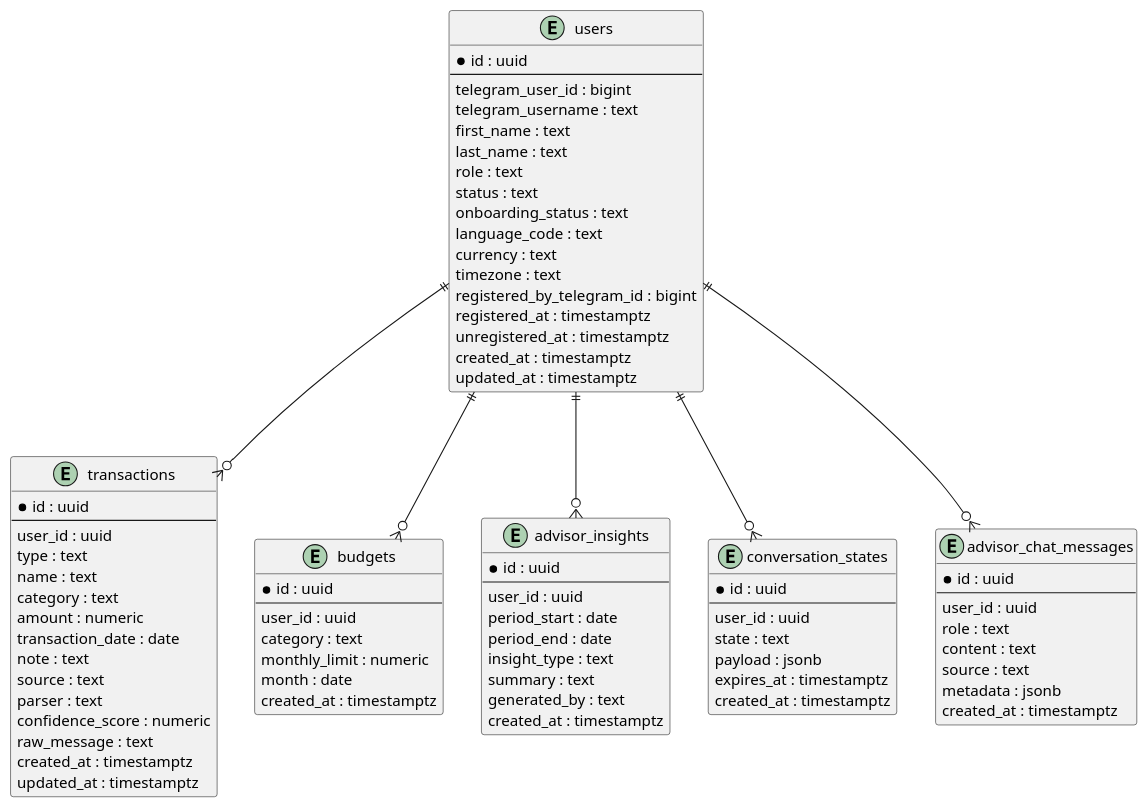
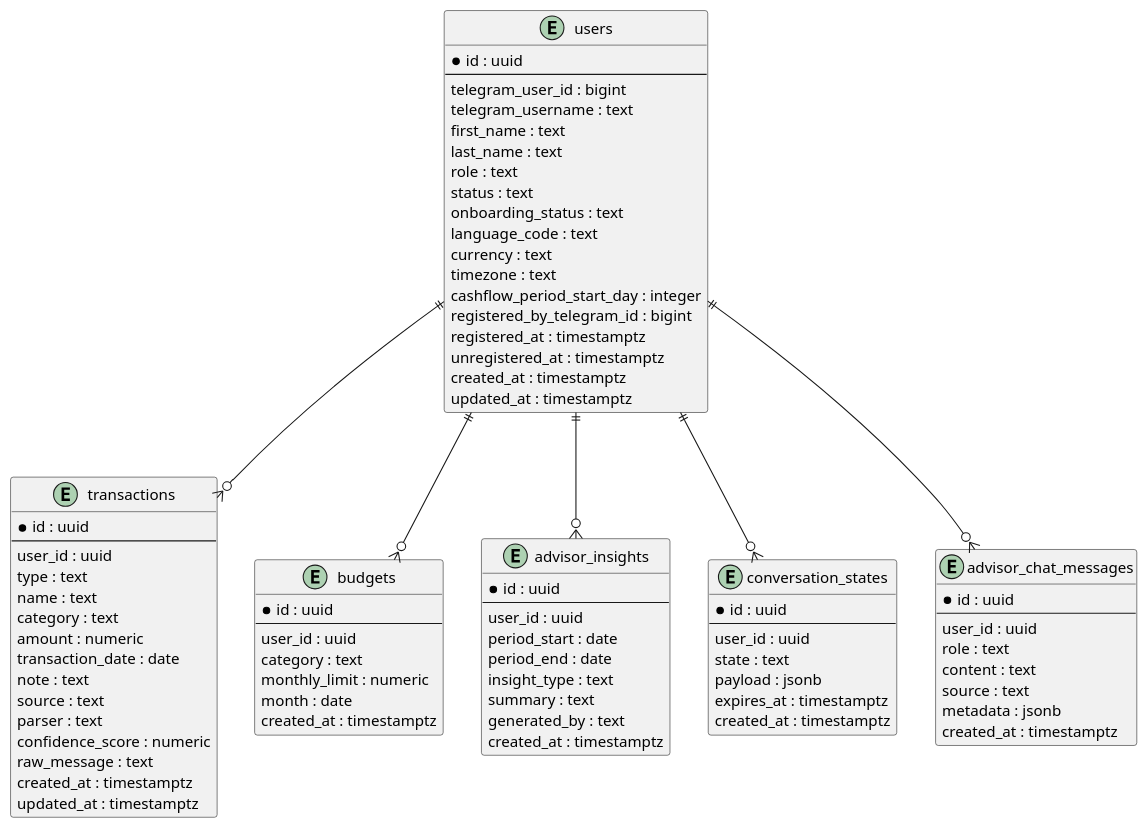
Before and after one commit to abdtirtayasa24/ai-expense-telegram: diagram 13 of 13 in docs/ARCHITECTURE.md, drawn with PlantUML. The commit also changed other lines of this file and 31 other files, not shown here.

Commit message:
feat: add custom cashflow period

```diff
--- a/docs/ARCHITECTURE.md
+++ b/docs/ARCHITECTURE.md
@@ -618,6 +631,7 @@
   language_code : text
   currency : text
   timezone : text
+  cashflow_period_start_day : integer
   registered_by_telegram_id : bigint
   registered_at : timestamptz
   unregistered_at : timestamptz
```
